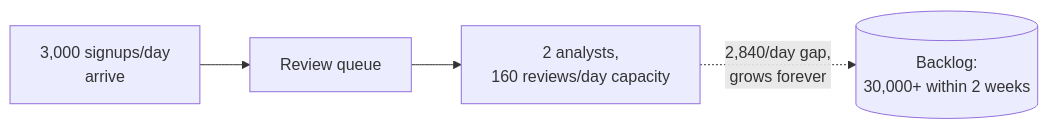
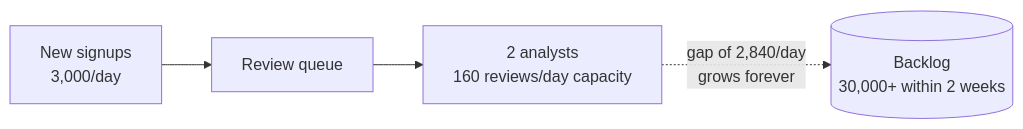
The first of 13 diagrams in system-design/HLD/0-course/50-National-ID-KYC-Verification-System-FAANG-Guide-story.md (riyaz-pasha/Learnings), drawn with Mermaid before and after one commit. The commit also changed other lines of this file and 1 other file, not shown here.

Commit message:
[REWRITE] National ID KYC Verification story guide: simplify prose, add structure, fix diagrams

````diff
--- a/system-design/HLD/0-course/50-National-ID-KYC-Verification-System-FAANG-Guide-story.md
+++ b/system-design/HLD/0-course/50-National-ID-KYC-Verification-System-FAANG-Guide-story.md
@@ -46,6 +78,6 @@
 ```mermaid
 flowchart LR
-    A["3,000 signups/day\narrive"] --> Q["Review queue"]
-    Q --> R["2 analysts,\n160 reviews/day capacity"]
-    R -.->|"2,840/day gap,\ngrows forever"| B[("Backlog:\n30,000+ within 2 weeks")]
+    A["New signups<br/>3,000/day"] --> Q["Review queue"]
+    Q --> R["2 analysts<br/>160 reviews/day capacity"]
+    R -.->|"gap of 2,840/day<br/>grows forever"| B[("Backlog<br/>30,000+ within 2 weeks")]
 ```
````
